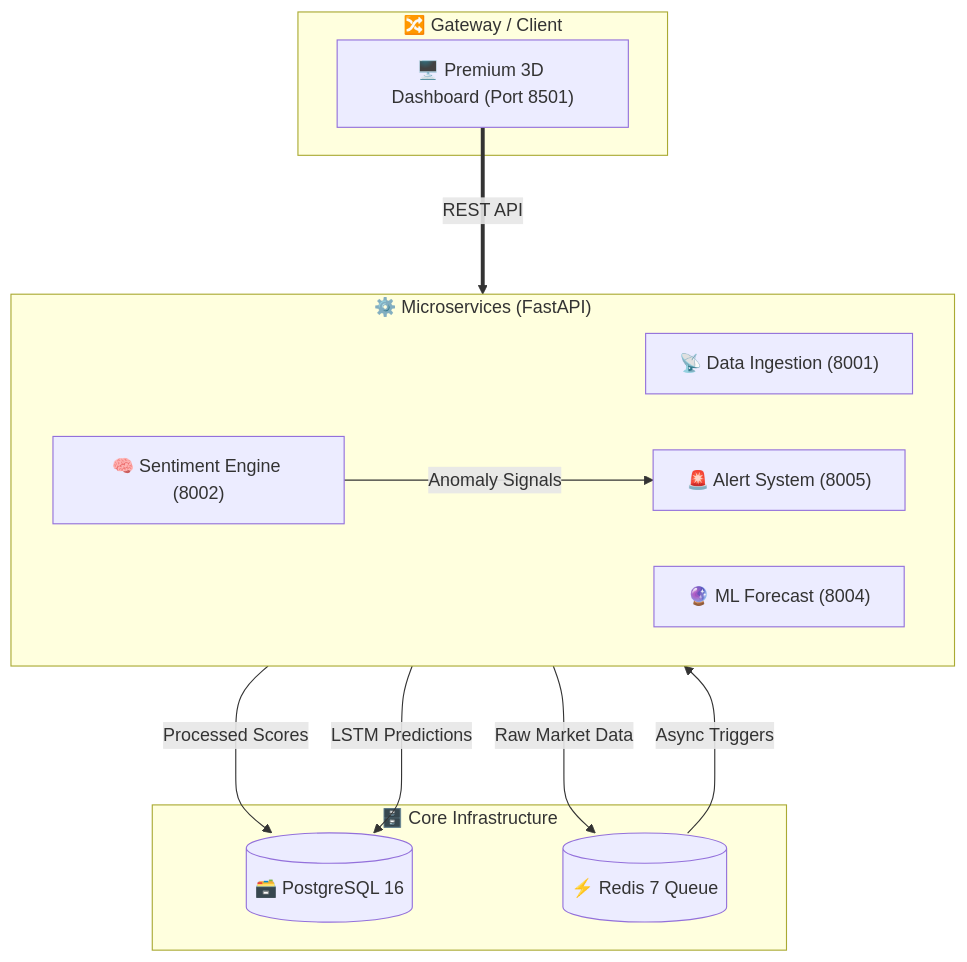
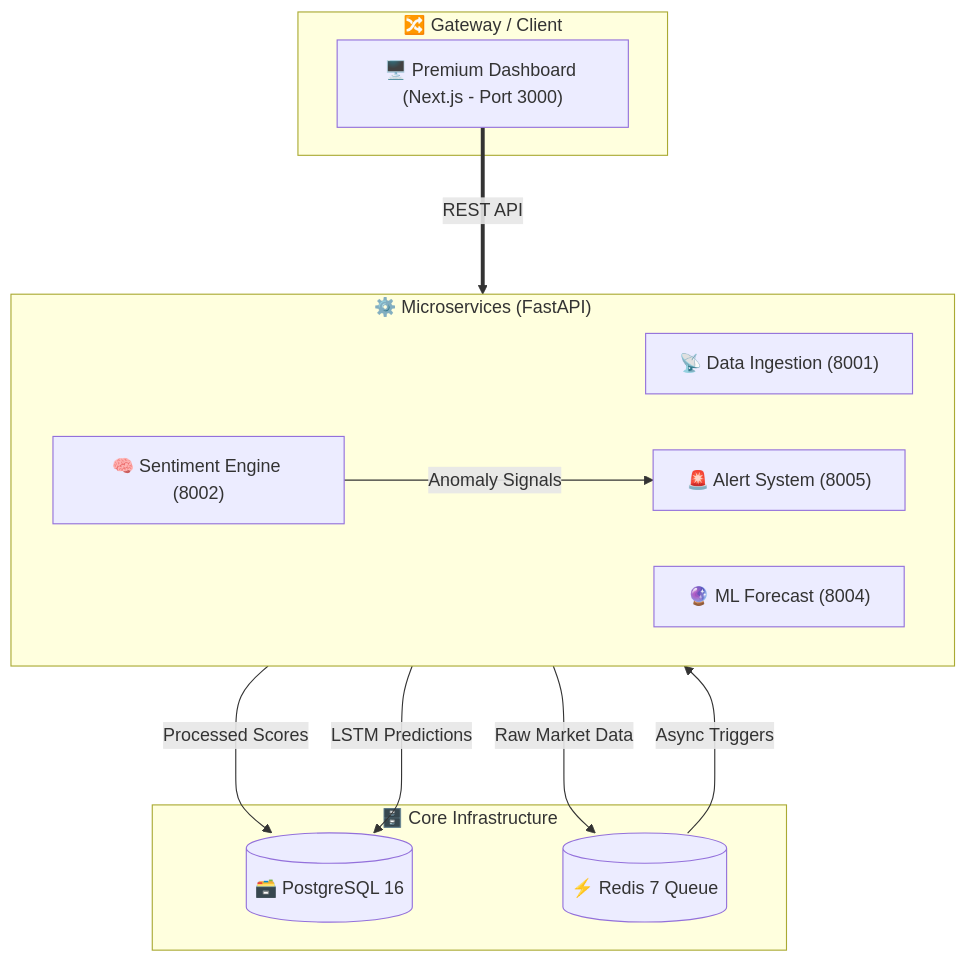
One commit to indrajitkumar23541-a11y/Indra-MarketMind changed the diagram in README.md. Above: the diagram before and after it, drawn with Mermaid. The commit also changed other lines of this file, not shown here.

Commit message:
docs: update README to reflect Next.js architecture

````diff
--- a/README.md
+++ b/README.md
@@ -81,26 +81,26 @@
 ```mermaid
 graph TB
     subgraph GATEWAY["🔀 Gateway / Client"]
-        UI["🖥️ Premium 3D Dashboard (Port 8501)"]
+        UI["🖥️ Premium Dashboard (Next.js - Port 3000)"]
     end
 
     subgraph SERVICES["⚙️ Microservices (FastAPI)"]
         direction LR
         S1["📡 Data Ingestion (8001)"]
         S2["🧠 Sentiment Engine (8002)"]
         S3["🔮 ML Forecast (8004)"]
         S4["🚨 Alert System (8005)"]
     end
 
     subgraph INFRA["🗄️ Core Infrastructure"]
         DB[("🗃️ PostgreSQL 16")]
         CACHE[("⚡ Redis 7 Queue")]
     end
 
     UI ===>|REST API| SERVICES
     S1 --->|"Raw Market Data"| CACHE
     CACHE --->|"Async Triggers"| S2
     S2 --->|"Processed Scores"| DB
     S2 --->|"Anomaly Signals"| S4
     S3 --->|"LSTM Predictions"| DB
 ```
````
